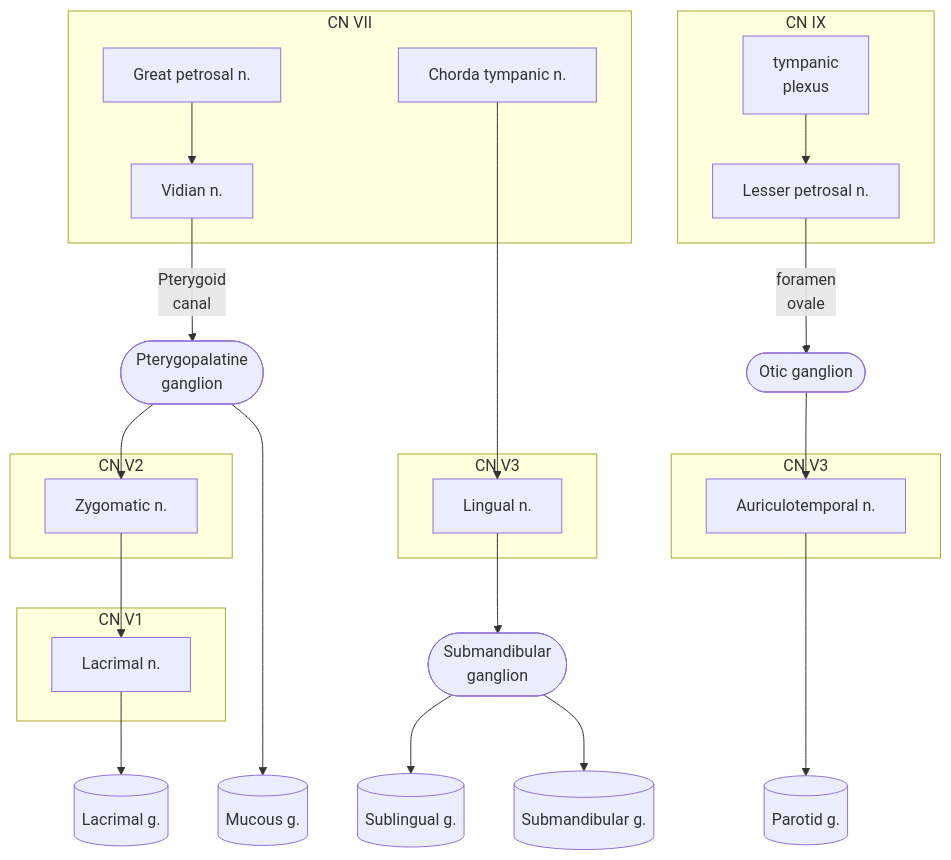
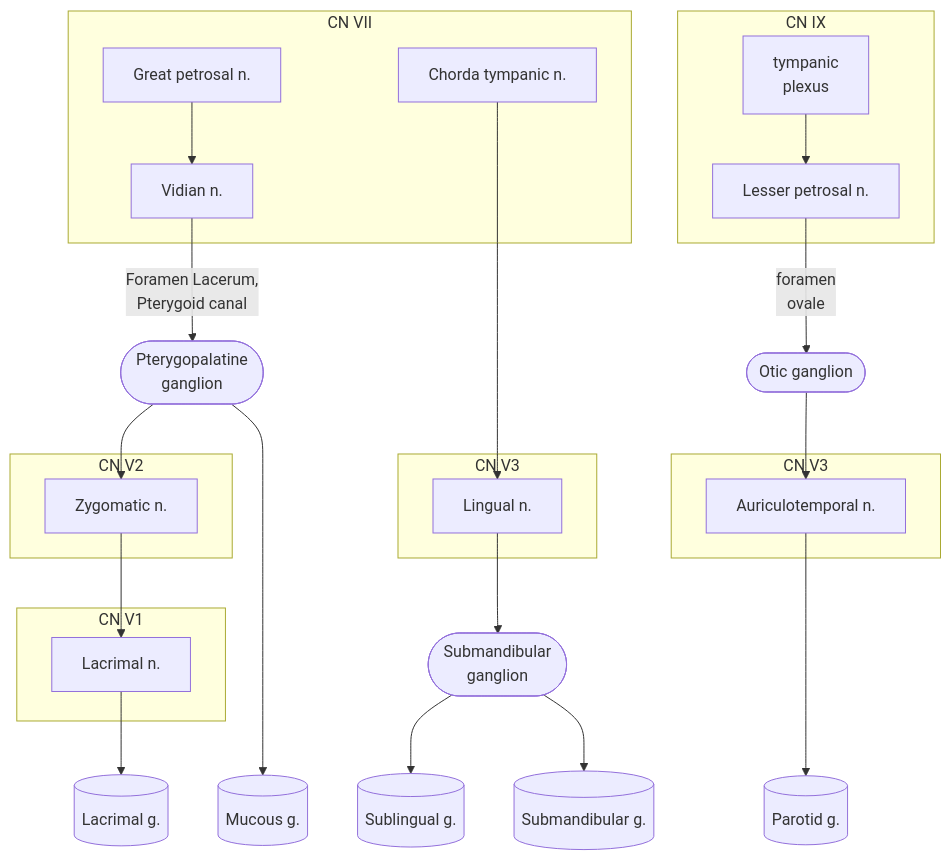
Diagram 14 of 21 in notes/二上/口解.md (hsiu-chan/notebook), drawn with Mermaid before and after one commit. The commit also changed other lines of this file and 38 other files, not shown here.

````diff
--- a/notes/二上/口解.md
+++ b/notes/二上/口解.md
@@ -700,52 +771,52 @@
 ```mermaid
 flowchart TB
 
 subgraph 7[CN VII]
 gp[Great petrosal n.]
 v[Vidian n.]
 ct[Chorda tympanic n.]
 
 end
 subgraph 9[CN IX]
 tp[tympanic<br>plexus]
 lp[Lesser petrosal n.]
 end
 
 
 subgraph 52[CN V2]
 z
 end
 subgraph 53[CN V3]
 l[Lingual n.]
 
 end
 subgraph 54[CN V3]
 a[Auriculotemporal n. ]
 end
 
 subgraph 51[CN V1]
 lc
 end
 
 
 oga([Otic ganglion])
 mga([Submandibular<br>ganglion])
 
 tp-->lp-->|foramen<br>ovale|oga-->a--->p[(Parotid g.)]
 
 ct---->l-->mga-->lg[(Sublingual g.)] & mg[(Submandibular g.)]
 
-gp--> v-->|Pterygoid<br>canal|pga([Pterygopalatine<br>ganglion])
+gp--> v-->|Foramen Lacerum, <br>Pterygoid canal|pga([Pterygopalatine<br>ganglion])
 
 pga-->z[Zygomatic n.]-->lc[Lacrimal n.]-->ag[(Lacrimal g.)]
 pga---->mug[(Mucous g.)]
 
 
 click pga "#pterygopalatine-ganglion"
 click a "#posterior-division"
 click l "#posterior-division"
 click lp "#cn-ix"
 click ct "#chorda-tympanic-n"
 click z "#cn-v2"
 click lc "#cn-v1"
 ```
````
